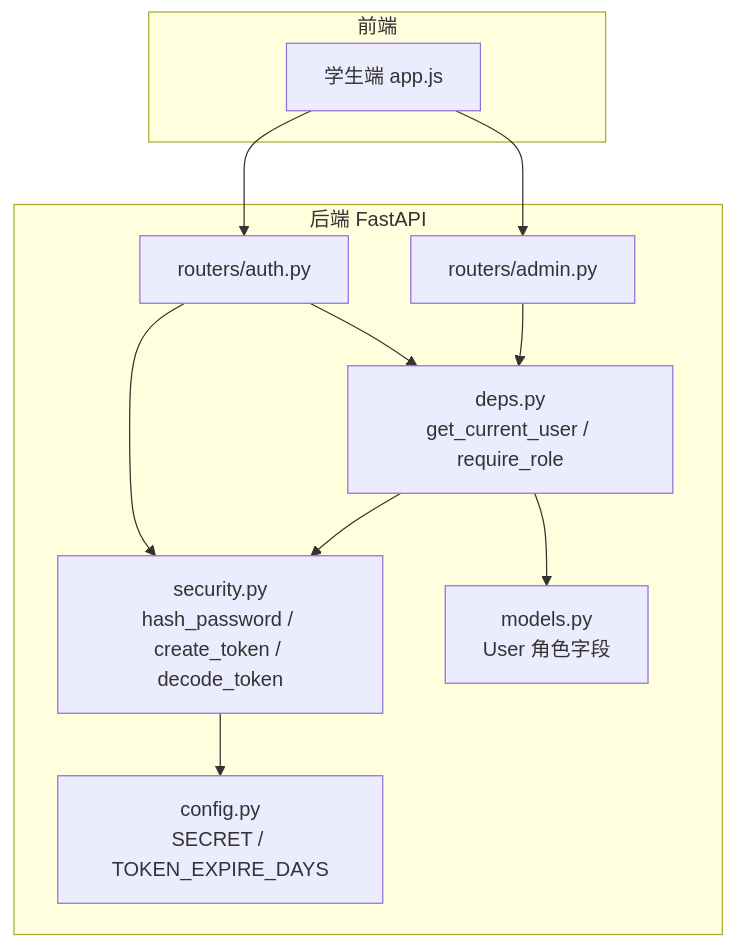
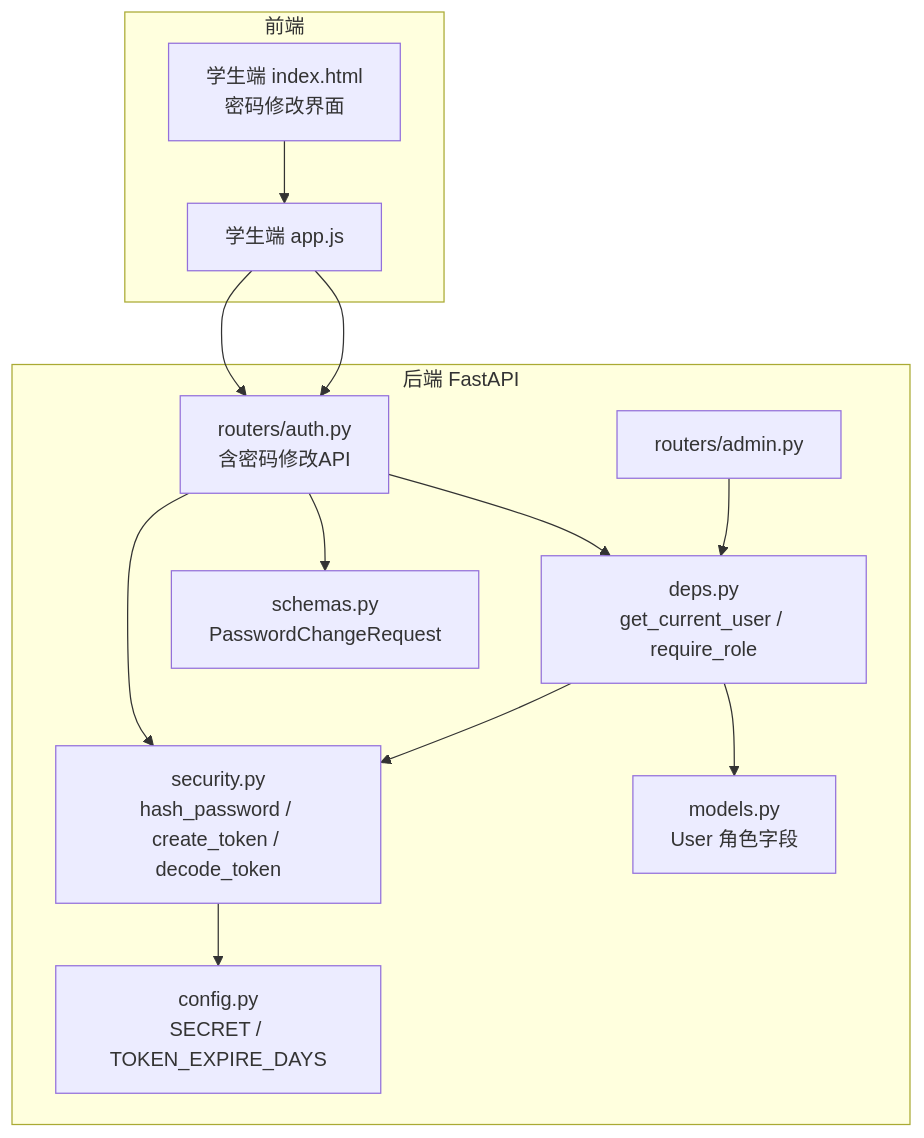
One commit to onebody/homework changed the first of 7 diagrams in .qoder/repowiki/zh/content/暑假作业打卡系统/后端服务架构/安全认证机制.md. Above: the diagram before and after it, drawn with Mermaid. The commit also changed other lines of this file and 20 other files, not shown here.

````diff
--- a/.qoder/repowiki/zh/content/暑假作业打卡系统/后端服务架构/安全认证机制.md
+++ b/.qoder/repowiki/zh/content/暑假作业打卡系统/后端服务架构/安全认证机制.md
@@ -46,22 +56,26 @@
 ```mermaid
 graph TB
 subgraph "前端"
 FE["学生端 app.js"]
+HTML["学生端 index.html<br/>密码修改界面"]
 end
 subgraph "后端 FastAPI"
-RouterAuth["routers/auth.py"]
+RouterAuth["routers/auth.py<br/>含密码修改API"]
 RouterAdmin["routers/admin.py"]
 Deps["deps.py<br/>get_current_user / require_role"]
 Sec["security.py<br/>hash_password / create_token / decode_token"]
+Schemas["schemas.py<br/>PasswordChangeRequest"]
 Models["models.py<br/>User 角色字段"]
 Config["config.py<br/>SECRET / TOKEN_EXPIRE_DAYS"]
 end
 FE --> RouterAuth
-FE --> RouterAdmin
+HTML --> FE
+FE --> RouterAuth
 RouterAuth --> Deps
 RouterAuth --> Sec
+RouterAuth --> Schemas
 RouterAdmin --> Deps
 Deps --> Sec
 Deps --> Models
 Sec --> Config
 ```
````
